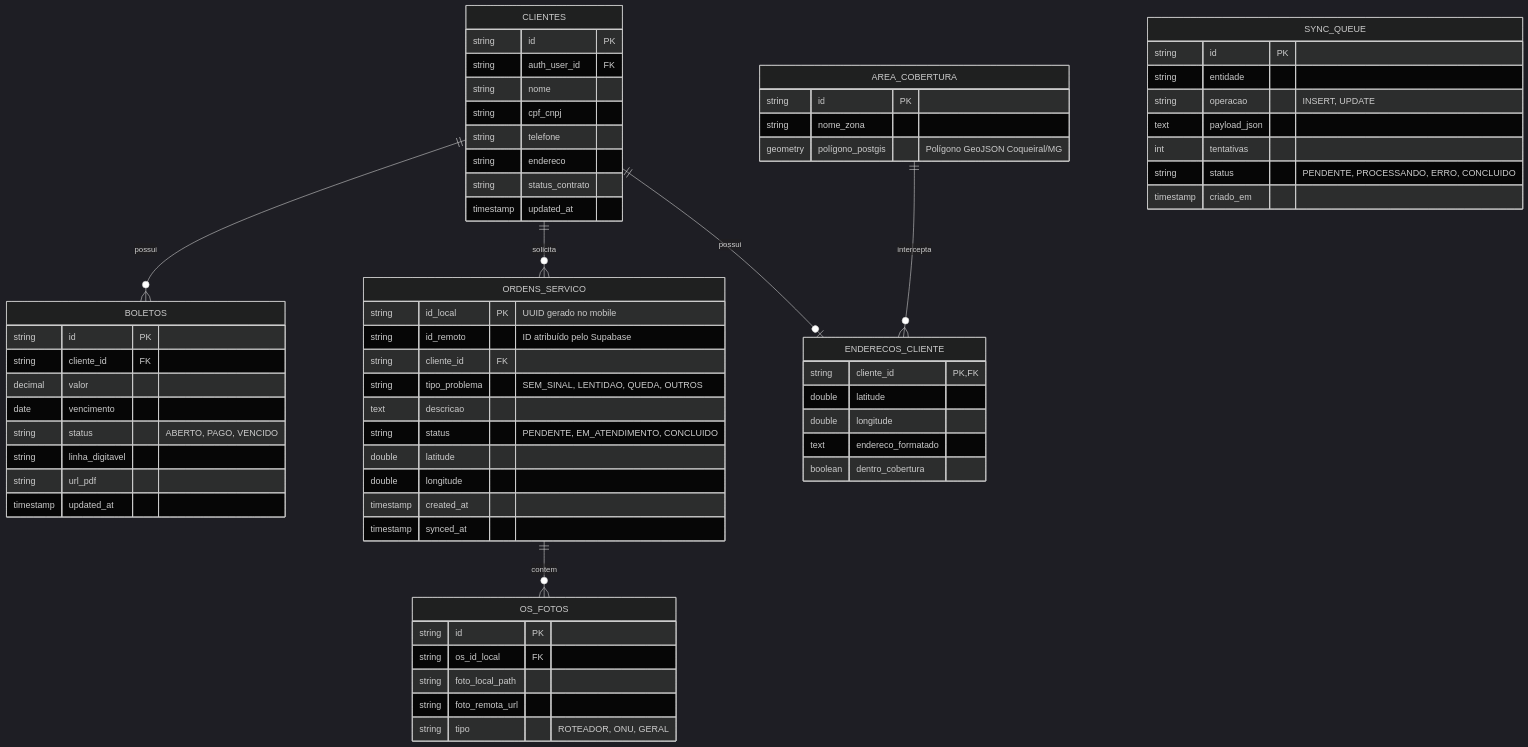
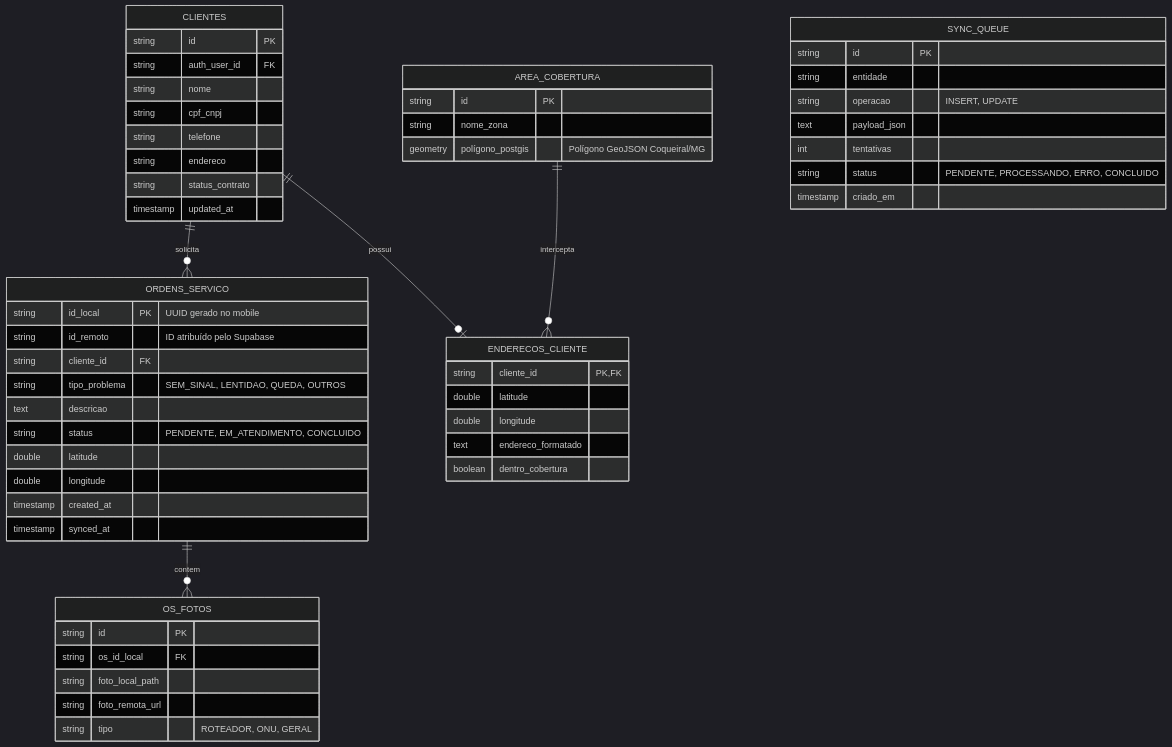
One commit to jmarques029/APPCJNET changed the fourth of 9 diagrams in docs/proposta-design-software-cjnet.md. Above: the diagram before and after it, drawn with Mermaid (dark theme). The commit also changed other lines of this file, not shown here.

Commit message:
docs: remover toda a parte financeira e de boletos da proposta

````diff
--- a/docs/proposta-design-software-cjnet.md
+++ b/docs/proposta-design-software-cjnet.md
@@ -324,75 +301,64 @@
 ```mermaid
 erDiagram
-    CLIENTES ||--o{ BOLETOS : possui
     CLIENTES ||--o{ ORDENS_SERVICO : solicita
     CLIENTES ||--o| ENDERECOS_CLIENTE : possui
     ORDENS_SERVICO ||--o{ OS_FOTOS : contem
     AREA_COBERTURA ||--o{ ENDERECOS_CLIENTE : intercepta
 
     CLIENTES {
         string id PK
         string auth_user_id FK
         string nome
         string cpf_cnpj
         string telefone
         string endereco
         string status_contrato
         timestamp updated_at
     }
 
-    BOLETOS {
-        string id PK
-        string cliente_id FK
-        decimal valor
-        date vencimento
-        string status "ABERTO, PAGO, VENCIDO"
-        string linha_digitavel
-        string url_pdf
-        timestamp updated_at
-    }
+    ORDENS_SERVICO {
 
-    ORDENS_SERVICO {
         string id_local PK "UUID gerado no mobile"
         string id_remoto "ID atribuído pelo Supabase"
         string cliente_id FK
         string tipo_problema "SEM_SINAL, LENTIDAO, QUEDA, OUTROS"
         text descricao
         string status "PENDENTE, EM_ATENDIMENTO, CONCLUIDO"
         double latitude
         double longitude
         timestamp created_at
         timestamp synced_at
     }
 
     OS_FOTOS {
         string id PK
         string os_id_local FK
         string foto_local_path
         string foto_remota_url
         string tipo "ROTEADOR, ONU, GERAL"
     }
 
     ENDERECOS_CLIENTE {
         string cliente_id PK, FK
         double latitude
         double longitude
         text endereco_formatado
         boolean dentro_cobertura
     }
 
     SYNC_QUEUE {
         string id PK
         string entidade
         string operacao "INSERT, UPDATE"
         text payload_json
         int tentativas
         string status "PENDENTE, PROCESSANDO, ERRO, CONCLUIDO"
         timestamp criado_em
     }
 
     AREA_COBERTURA {
         string id PK
         string nome_zona
         geometry polígono_postgis "Polígono GeoJSON Coqueiral/MG"
     }
 ```
````
